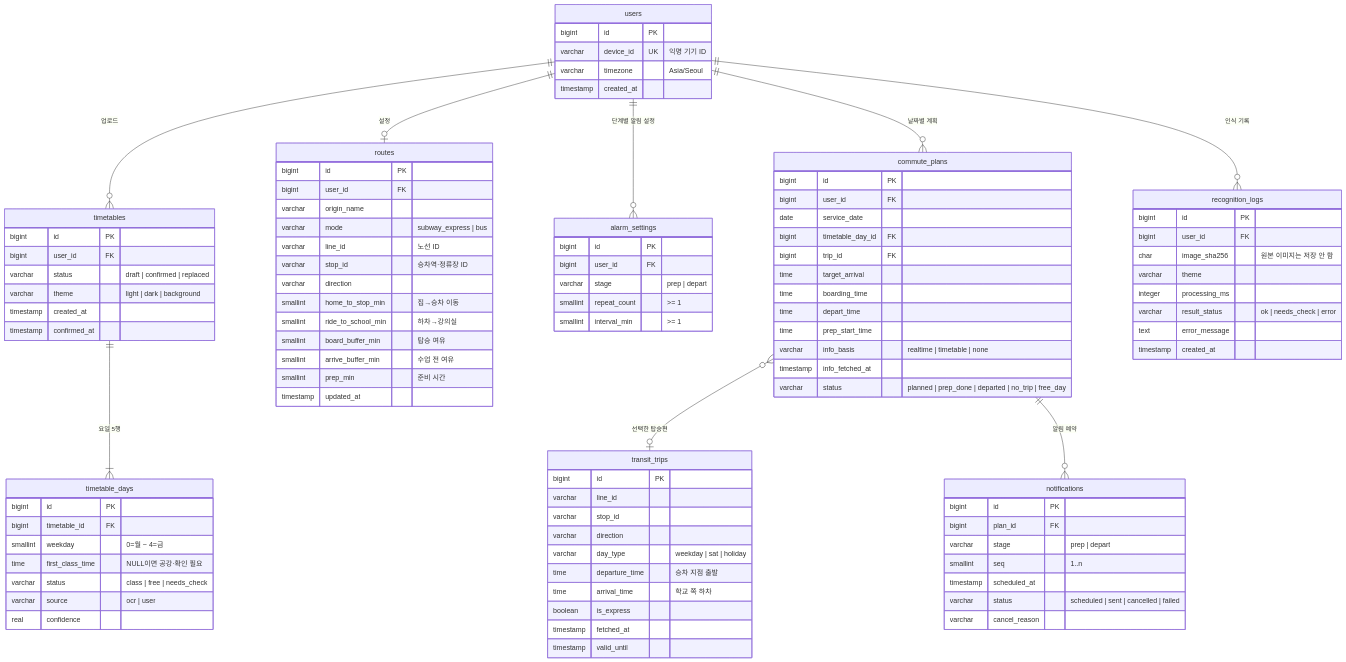
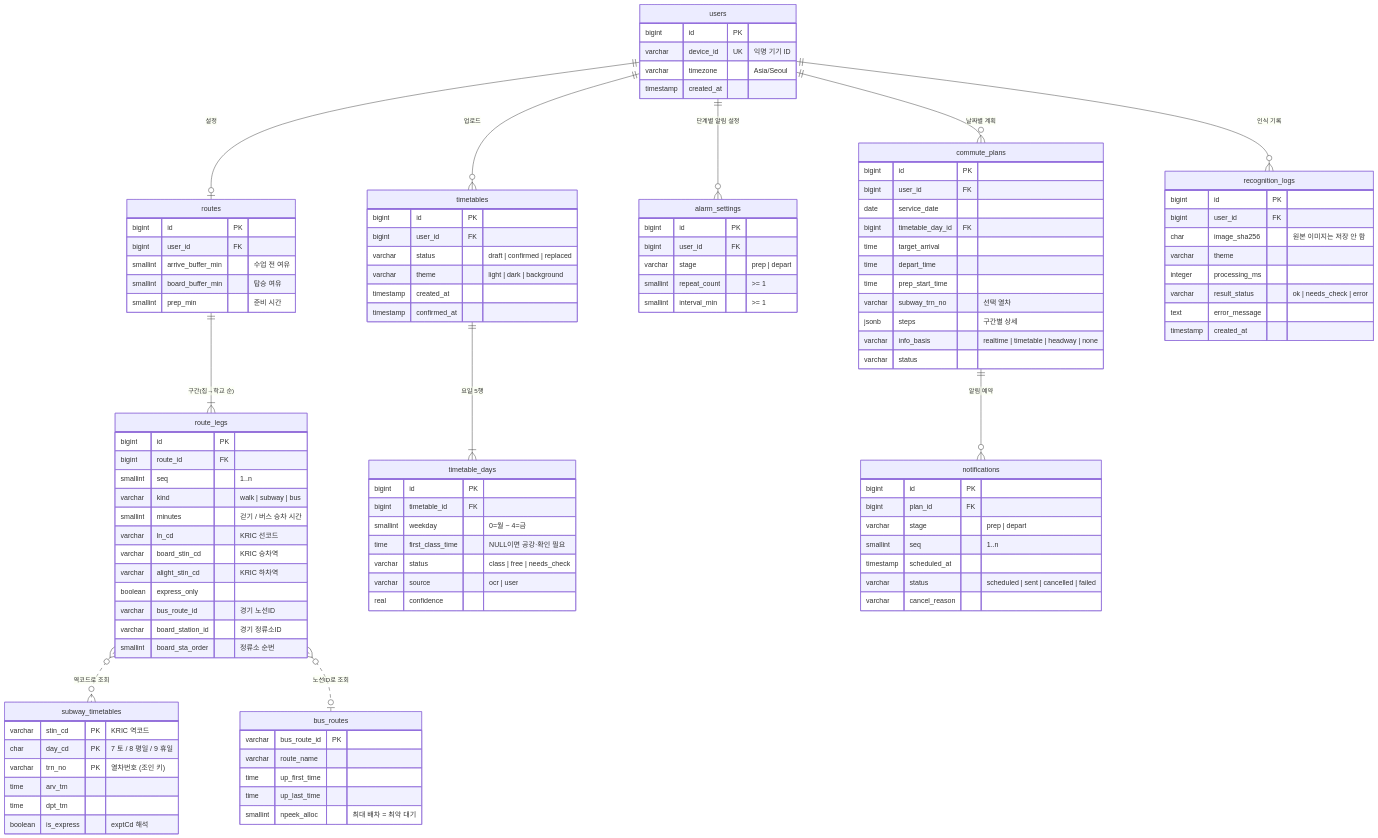
Before and after one commit to yewon51019/timetable_textps: the diagram in docs/design/diagrams/4_erd.mmd, drawn with Mermaid. The commit also changed 20 other files, not shown here.

```diff
--- a/docs/design/diagrams/4_erd.mmd
+++ b/docs/design/diagrams/4_erd.mmd
@@ -1,100 +1,110 @@
 erDiagram
   users ||--o{ timetables : "업로드"
   users ||--o| routes : "설정"
+  routes ||--|{ route_legs : "구간(집→학교 순)"
+  route_legs }o..o{ subway_timetables : "역코드로 조회"
+  route_legs }o..o| bus_routes : "노선ID로 조회"
   users ||--o{ alarm_settings : "단계별 알림 설정"
   users ||--o{ commute_plans : "날짜별 계획"
   users ||--o{ recognition_logs : "인식 기록"
   timetables ||--|{ timetable_days : "요일 5행"
-  commute_plans }o--o| transit_trips : "선택한 탑승편"
   commute_plans ||--o{ notifications : "알림 예약"
 
   users {
     bigint id PK
     varchar device_id UK "익명 기기 ID"
     varchar timezone "Asia/Seoul"
     timestamp created_at
   }
   timetables {
     bigint id PK
     bigint user_id FK
     varchar status "draft | confirmed | replaced"
     varchar theme "light | dark | background"
     timestamp created_at
     timestamp confirmed_at
   }
   timetable_days {
     bigint id PK
     bigint timetable_id FK
     smallint weekday "0=월 ~ 4=금"
     time first_class_time "NULL이면 공강·확인 필요"
     varchar status "class | free | needs_check"
     varchar source "ocr | user"
     real confidence
   }
   routes {
     bigint id PK
     bigint user_id FK
-    varchar origin_name
-    varchar mode "subway_express | bus"
-    varchar line_id "노선 ID"
-    varchar stop_id "승차역·정류장 ID"
-    varchar direction
-    smallint home_to_stop_min "집→승차 이동"
-    smallint ride_to_school_min "하차→강의실"
+    smallint arrive_buffer_min "수업 전 여유"
     smallint board_buffer_min "탑승 여유"
-    smallint arrive_buffer_min "수업 전 여유"
     smallint prep_min "준비 시간"
-    timestamp updated_at
+  }
+  route_legs {
+    bigint id PK
+    bigint route_id FK
+    smallint seq "1..n"
+    varchar kind "walk | subway | bus"
+    smallint minutes "걷기 / 버스 승차 시간"
+    varchar ln_cd "KRIC 선코드"
+    varchar board_stin_cd "KRIC 승차역"
+    varchar alight_stin_cd "KRIC 하차역"
+    boolean express_only
+    varchar bus_route_id "경기 노선ID"
+    varchar board_station_id "경기 정류소ID"
+    smallint board_sta_order "정류소 순번"
   }
   alarm_settings {
     bigint id PK
     bigint user_id FK
     varchar stage "prep | depart"
     smallint repeat_count ">= 1"
     smallint interval_min ">= 1"
   }
-  transit_trips {
-    bigint id PK
-    varchar line_id
-    varchar stop_id
-    varchar direction
-    varchar day_type "weekday | sat | holiday"
-    time departure_time "승차 지점 출발"
-    time arrival_time "학교 쪽 하차"
-    boolean is_express
-    timestamp fetched_at
-    timestamp valid_until
+  subway_timetables {
+    varchar stin_cd PK "KRIC 역코드"
+    char day_cd PK "7 토 / 8 평일 / 9 휴일"
+    varchar trn_no PK "열차번호 (조인 키)"
+    time arv_tm
+    time dpt_tm
+    boolean is_express "exptCd 해석"
+  }
+  bus_routes {
+    varchar bus_route_id PK
+    varchar route_name
+    time up_first_time
+    time up_last_time
+    smallint npeek_alloc "최대 배차 = 최악 대기"
   }
   commute_plans {
     bigint id PK
     bigint user_id FK
     date service_date
     bigint timetable_day_id FK
-    bigint trip_id FK
     time target_arrival
-    time boarding_time
     time depart_time
     time prep_start_time
-    varchar info_basis "realtime | timetable | none"
-    timestamp info_fetched_at
-    varchar status "planned | prep_done | departed | no_trip | free_day"
+    varchar subway_trn_no "선택 열차"
+    jsonb steps "구간별 상세"
+    varchar info_basis "realtime | timetable | headway | none"
+    varchar status
   }
   notifications {
     bigint id PK
     bigint plan_id FK
     varchar stage "prep | depart"
     smallint seq "1..n"
     timestamp scheduled_at
     varchar status "scheduled | sent | cancelled | failed"
     varchar cancel_reason
   }
   recognition_logs {
     bigint id PK
     bigint user_id FK
     char image_sha256 "원본 이미지는 저장 안 함"
     varchar theme
     integer processing_ms
     varchar result_status "ok | needs_check | error"
     text error_message
     timestamp created_at
   }
```
